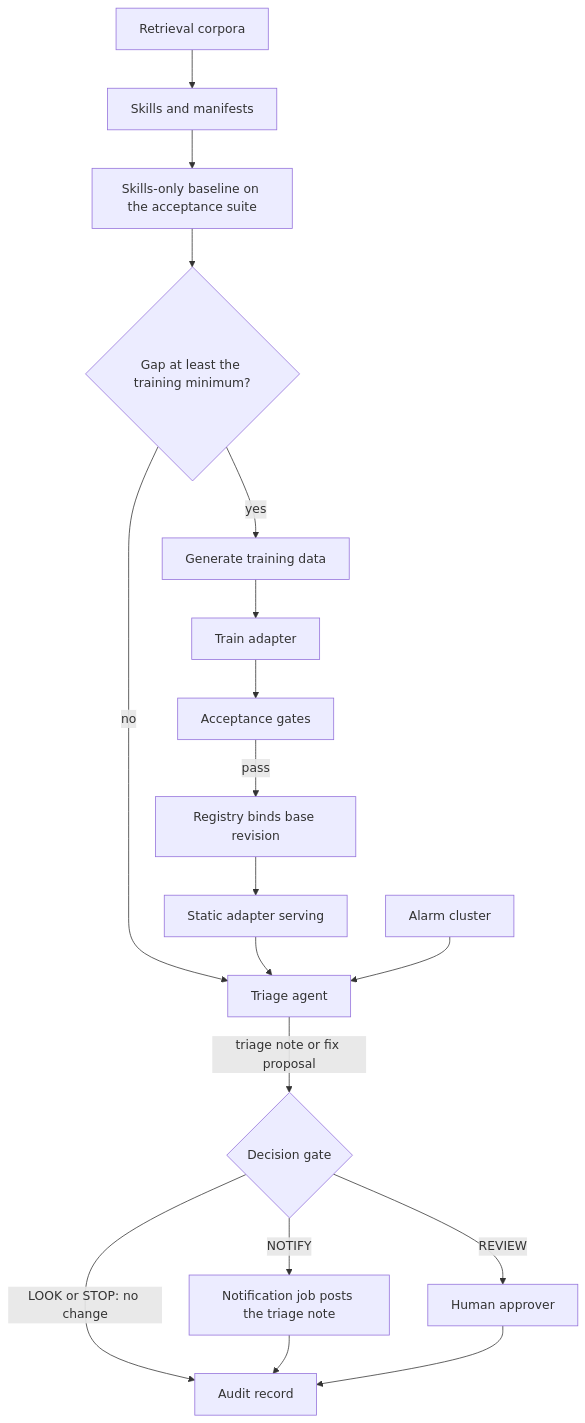
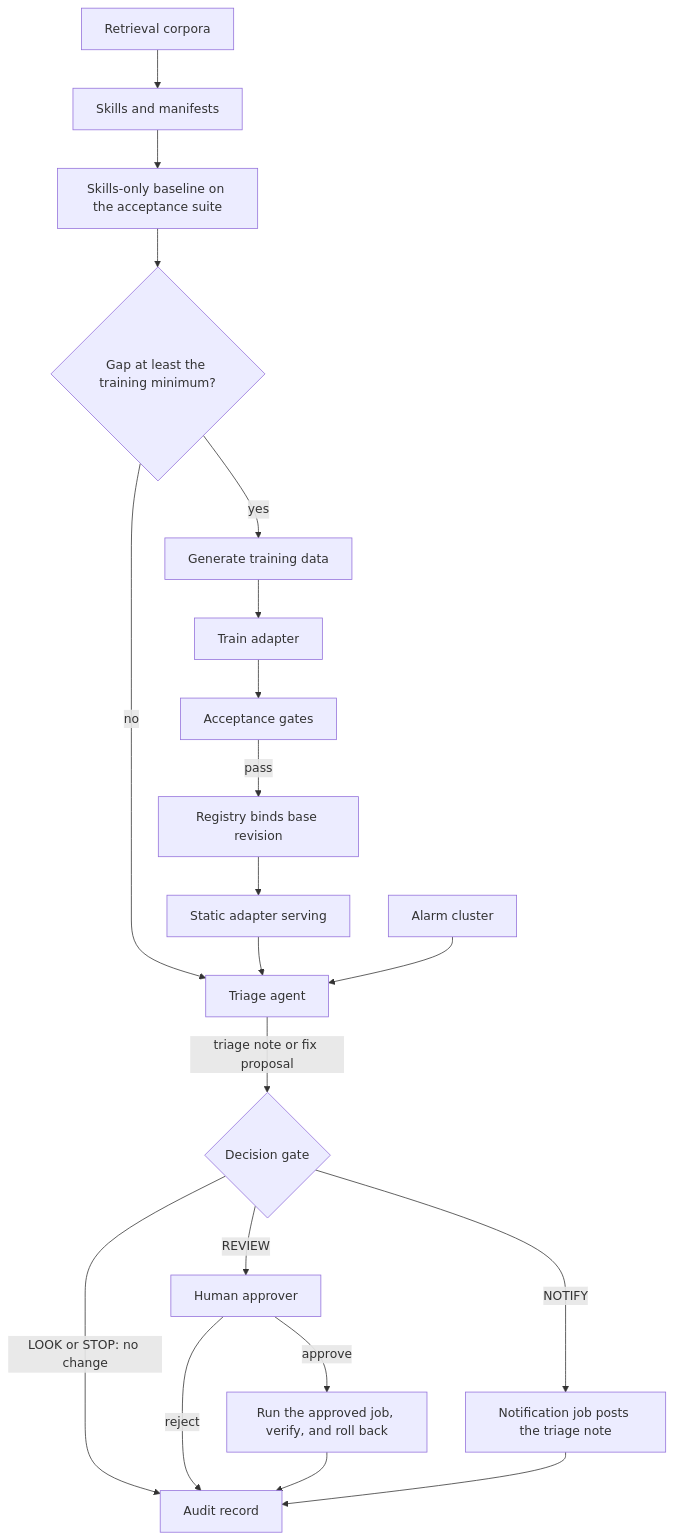
Before and after one commit to ravisharma5/otel-telco-blueprints: the diagram in catalog/network-operations/alarm-triage-adaptation/README.md, drawn with Mermaid. The commit also changed 1 other file, not shown here.

Commit message:
docs(catalog): run the approved job after sign-off in two diagrams
On the alarm-triage and CAMARA care diagrams the human approver led only to
the audit record, so approval ran nothing. Both diagrams now show an approve
branch that runs and verifies the job, and a reject branch that ends at the
audit record.

````diff
--- a/catalog/network-operations/alarm-triage-adaptation/README.md
+++ b/catalog/network-operations/alarm-triage-adaptation/README.md
@@ -42,20 +42,22 @@
 ```mermaid
 flowchart TD
   RC["Retrieval corpora"] --> SM["Skills and manifests"]
   SM --> BL["Skills-only baseline on the acceptance suite"]
   BL --> GAP{"Gap at least the training minimum?"}
   GAP -- "no" --> TA["Triage agent"]
   GAP -- "yes" --> GD["Generate training data"]
   GD --> TR["Train adapter"]
   TR --> AG["Acceptance gates"]
   AG -- "pass" --> RB["Registry binds base revision"]
   RB --> SS["Static adapter serving"]
   SS --> TA
   AC["Alarm cluster"] --> TA
   TA -- "triage note or fix proposal" --> DG{"Decision gate"}
   DG -- "NOTIFY" --> NJ["Notification job posts the triage note"]
   DG -- "REVIEW" --> HA["Human approver"]
   DG -- "LOOK or STOP: no change" --> AU["Audit record"]
+  HA -- "approve" --> RUN["Run the approved job, verify, and roll back"]
+  HA -- "reject" --> AU
+  RUN --> AU
   NJ --> AU
-  HA --> AU
 ```
````
